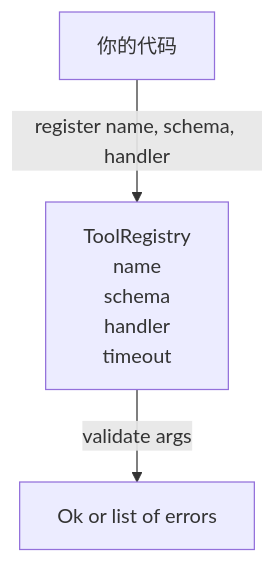
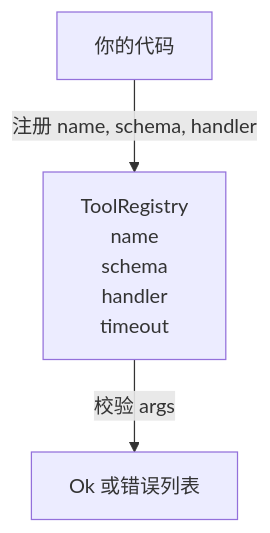
Before and after one commit to alessandrodinisio-ai/ai-engineering-learning-framework: the diagram in phases/19-capstone-projects/21-tool-registry-schema-validation/docs/zh.md, drawn with Mermaid. The commit also changed 120 other files, not shown here.

First line of the commit message:
i18n(mermaid): 337 个 mermaid 图表标签中文化

````diff
--- a/phases/19-capstone-projects/21-tool-registry-schema-validation/docs/zh.md
+++ b/phases/19-capstone-projects/21-tool-registry-schema-validation/docs/zh.md
@@ -88,8 +88,8 @@
 ```mermaid
 flowchart TD
     code[你的代码]
     reg[ToolRegistry<br/>name<br/>schema<br/>handler<br/>timeout]
-    out[Ok or list of errors]
-    code -->|register name, schema, handler| reg
-    reg -->|validate args| out
+    out[Ok 或错误列表]
+    code -->|注册 name, schema, handler| reg
+    reg -->|校验 args| out
 ```
````
